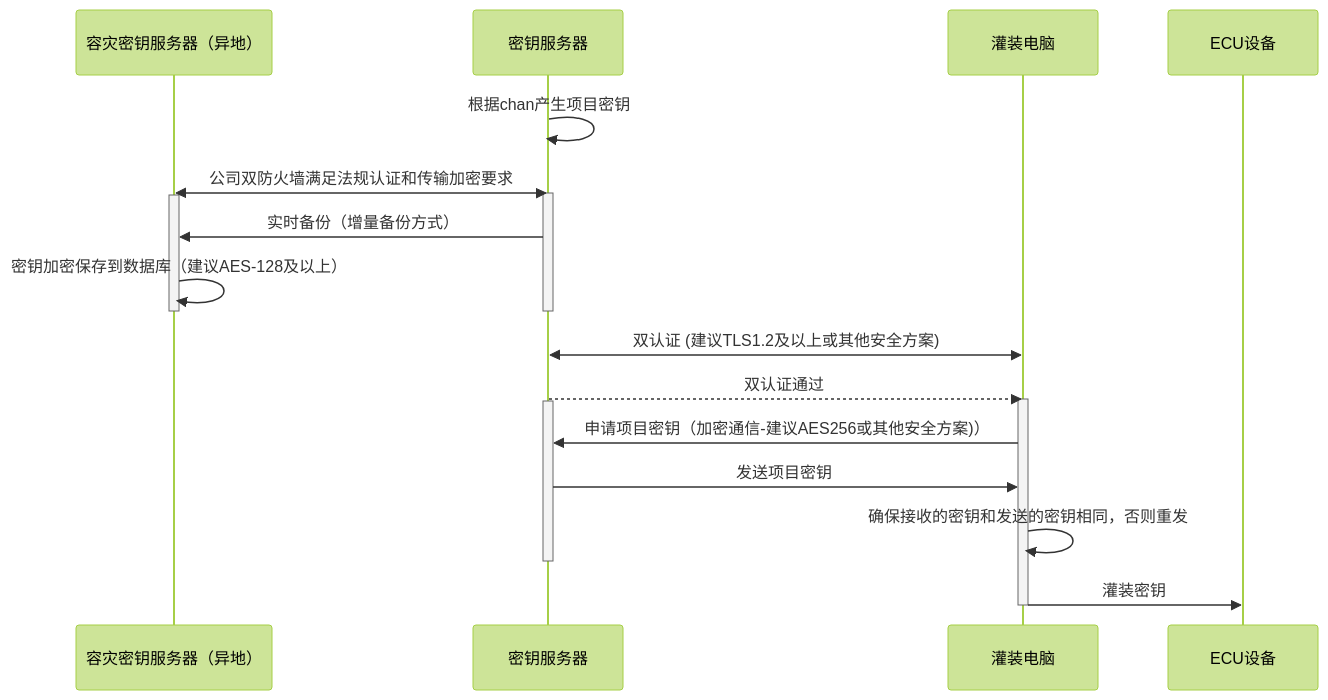
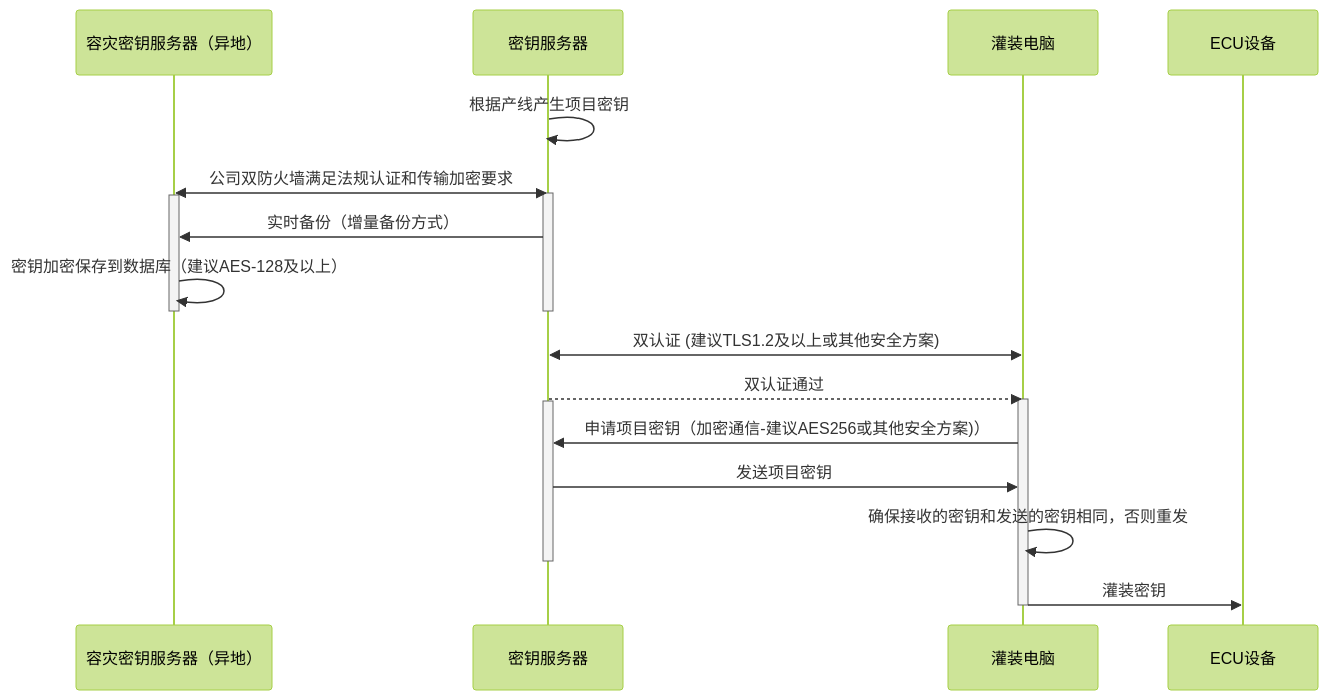
The diagram in all/未命名-15.md (facebook-cloud/iodraw-files), drawn with Mermaid (forest theme) before and after one commit.

Commit message:
2026-02-07 09:53:11 update

````diff
--- a/all/未命名-15.md
+++ b/all/未命名-15.md
@@ -1,29 +1,29 @@
 ```mermaid
 sequenceDiagram
     participant B as 容灾密钥服务器（异地）
     participant A as 密钥服务器
     participant C as 灌装电脑
     participant D as ECU设备
 
-    A->>A: 根据chan产生项目密钥
+    A->>A: 根据产线产生项目密钥
     A<<->>B: 公司双防火墙满足法规认证和传输加密要求
     activate A
     activate B
     A->>B: 实时备份（增量备份方式）
     B->>B: 密钥加密保存到数据库（建议AES-128及以上）
     deactivate B
     deactivate A
 
     C<<->>A: 双认证 (建议TLS1.2及以上或其他安全方案)
     A-->>C: 双认证通过
     activate C
     activate A
     C->>A: 申请项目密钥（加密通信-建议AES256或其他安全方案)）
     A->>C: 发送项目密钥
 
     C->>C: 确保接收的密钥和发送的密钥相同，否则重发
     deactivate A
     C->>D: 灌装密钥
     deactivate C
 
 ```
````
